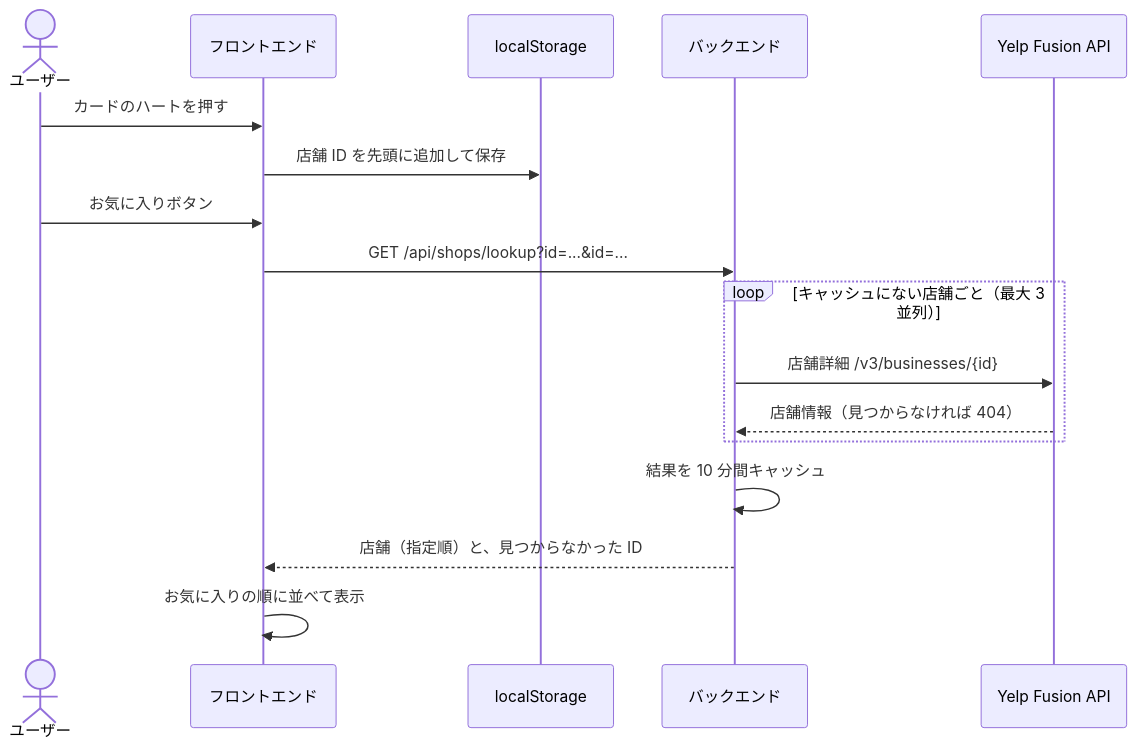
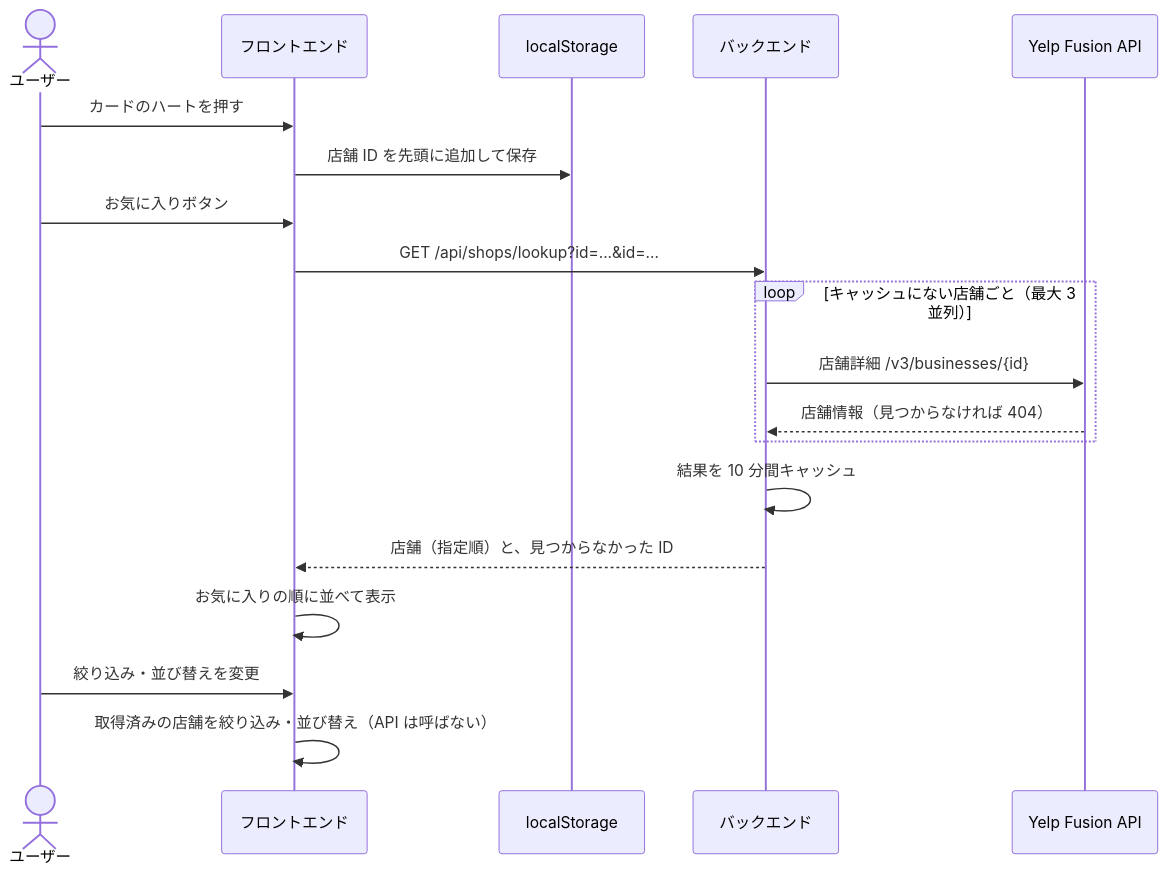
The seventh of 8 diagrams in docs/design.md (yokotaka9160/Find-Restaurant-App), drawn with Mermaid before and after one commit. The commit also changed other lines of this file and 10 other files, not shown here.

````diff
--- a/docs/design.md
+++ b/docs/design.md
@@ -343,20 +350,22 @@
 ```mermaid
 sequenceDiagram
   actor User as ユーザー
   participant FE as フロントエンド
   participant LS as localStorage
   participant BE as バックエンド
   participant Yelp as Yelp Fusion API
 
   User->>FE: カードのハートを押す
   FE->>LS: 店舗 ID を先頭に追加して保存
   User->>FE: お気に入りボタン
   FE->>BE: GET /api/shops/lookup?id=...&id=...
   loop キャッシュにない店舗ごと（最大 3 並列）
     BE->>Yelp: 店舗詳細 /v3/businesses/{id}
     Yelp-->>BE: 店舗情報（見つからなければ 404）
   end
   BE->>BE: 結果を 10 分間キャッシュ
   BE-->>FE: 店舗（指定順）と、見つからなかった ID
   FE->>FE: お気に入りの順に並べて表示
+  User->>FE: 絞り込み・並び替えを変更
+  FE->>FE: 取得済みの店舗を絞り込み・並び替え（API は呼ばない）
 ```
````
